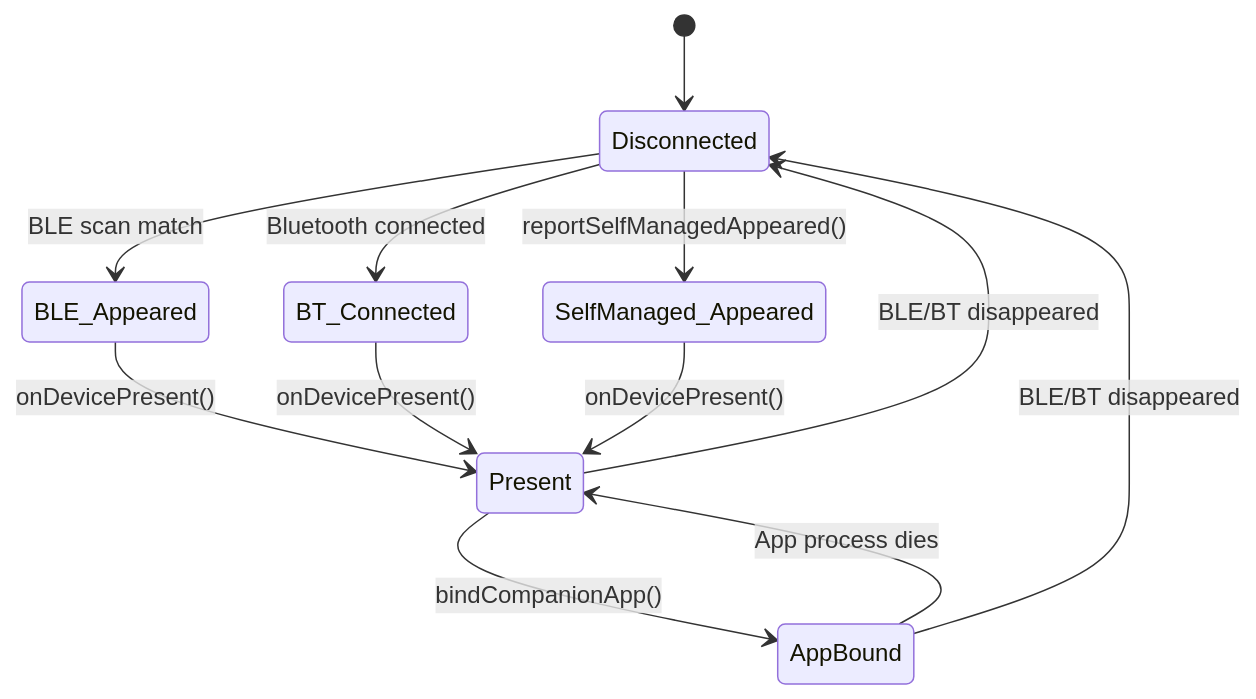
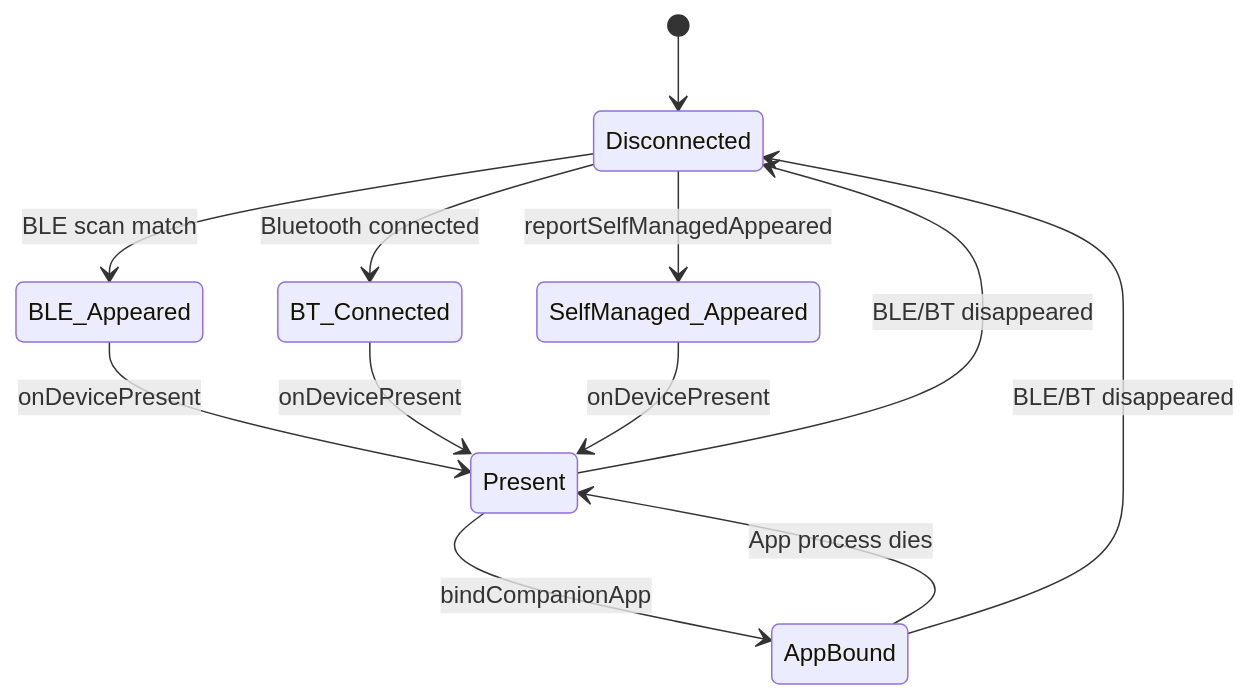
The third of 16 diagrams in 51-companion-virtual-device.md (fwrite0920/aosp-internal-book), drawn with Mermaid before and after one commit. The commit also changed other lines of this file and 21 other files, not shown here.

First line of the commit message:
Fix Mermaid diagrams and formatting in Parts IX-XV and Appendix A (chapters 40-63)

````diff
--- a/51-companion-virtual-device.md
+++ b/51-companion-virtual-device.md
@@ -556,14 +556,14 @@
 ```mermaid
 stateDiagram-v2
     [*] --> Disconnected
     Disconnected --> BLE_Appeared : BLE scan match
     Disconnected --> BT_Connected : Bluetooth connected
-    BLE_Appeared --> Present : onDevicePresent()
-    BT_Connected --> Present : onDevicePresent()
-    Present --> AppBound : bindCompanionApp()
+    BLE_Appeared --> Present : onDevicePresent
+    BT_Connected --> Present : onDevicePresent
+    Present --> AppBound : bindCompanionApp
     AppBound --> Present : App process dies
     Present --> Disconnected : BLE/BT disappeared
     AppBound --> Disconnected : BLE/BT disappeared
-    Disconnected --> SelfManaged_Appeared : reportSelfManagedAppeared()
-    SelfManaged_Appeared --> Present : onDevicePresent()
+    Disconnected --> SelfManaged_Appeared : reportSelfManagedAppeared
+    SelfManaged_Appeared --> Present : onDevicePresent
 ```
````
